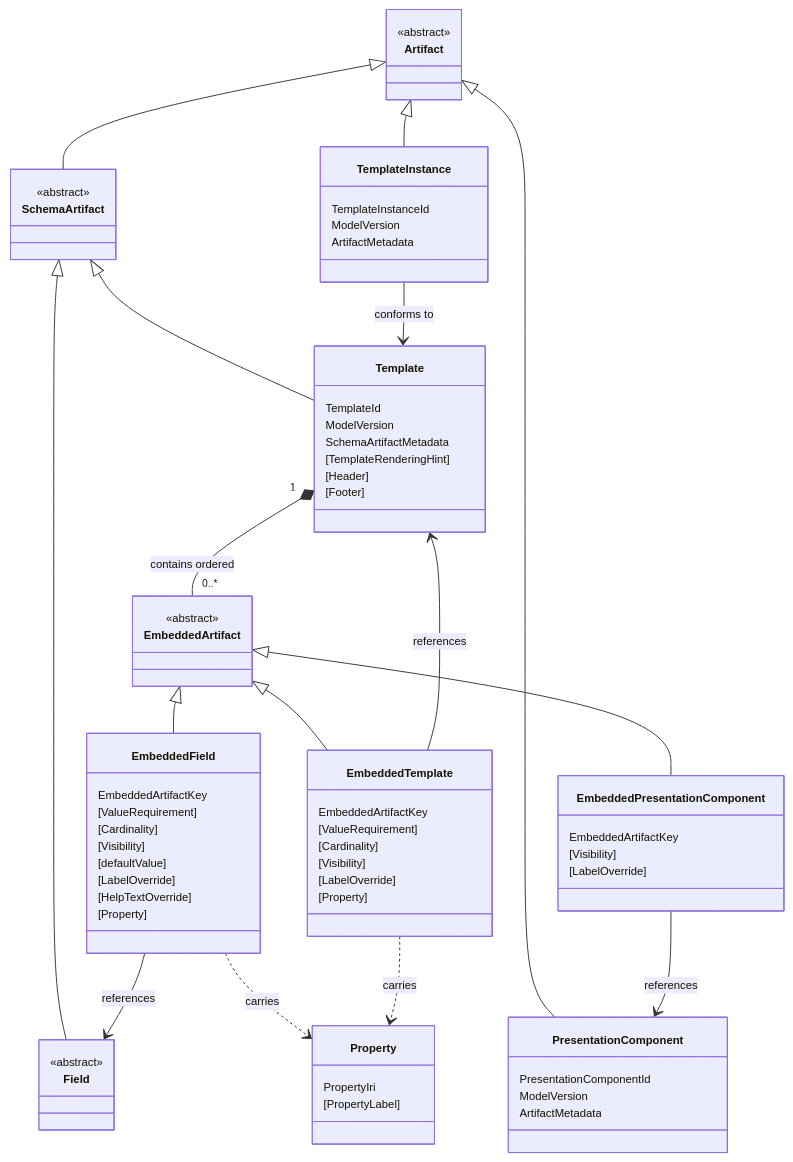
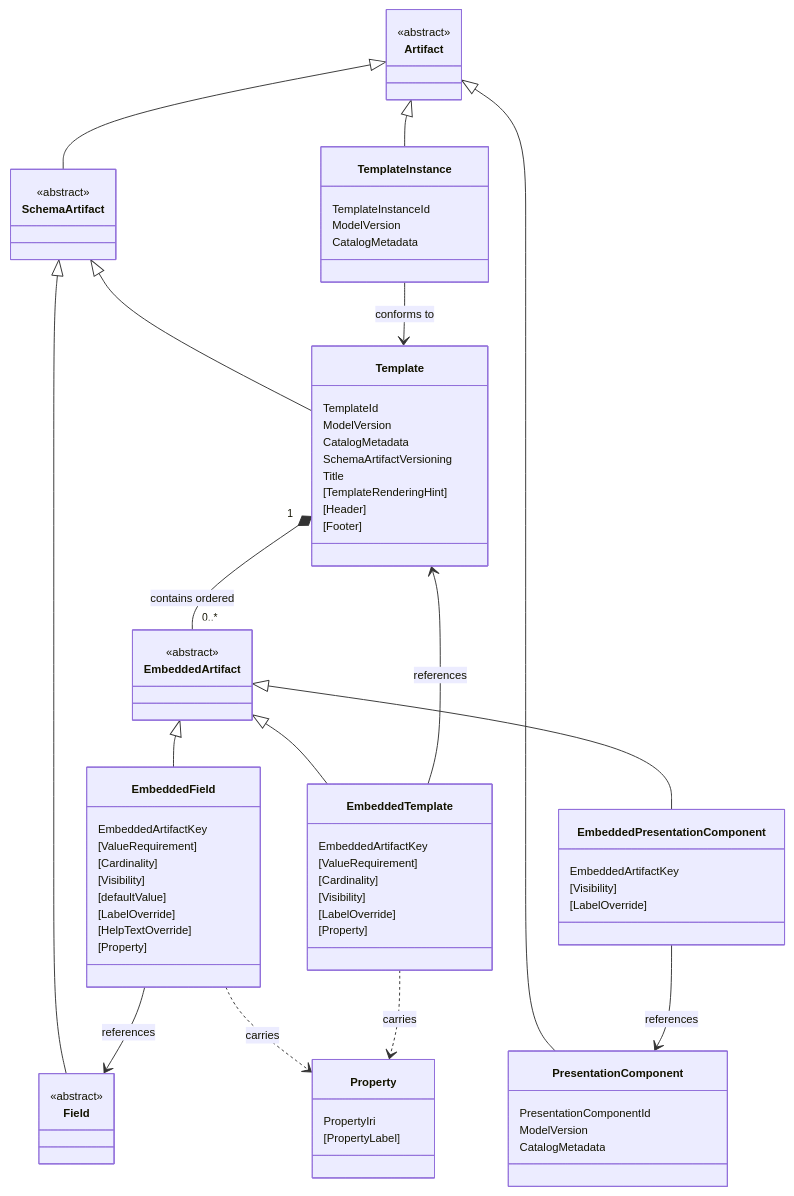
The diagram in spec/grammar.md (metadatacenter/cedar-structural-spec), drawn with Mermaid before and after one commit. The commit also changed other lines of this file, not shown here.

First line of the commit message:
grammar.md: introduce CatalogMetadata; lift versioning; add Label/Title

```diff
--- a/spec/grammar.md
+++ b/spec/grammar.md
@@ -108,7 +110,9 @@
   class Template {
     TemplateId
     ModelVersion
-    SchemaArtifactMetadata
+    CatalogMetadata
+    SchemaArtifactVersioning
+    Title
     [TemplateRenderingHint]
     [Header]
     [Footer]
@@ -116,12 +120,12 @@
   class PresentationComponent {
     PresentationComponentId
     ModelVersion
-    ArtifactMetadata
+    CatalogMetadata
   }
   class TemplateInstance {
     TemplateInstanceId
     ModelVersion
-    ArtifactMetadata
+    CatalogMetadata
   }
 
   class EmbeddedArtifact {
```
